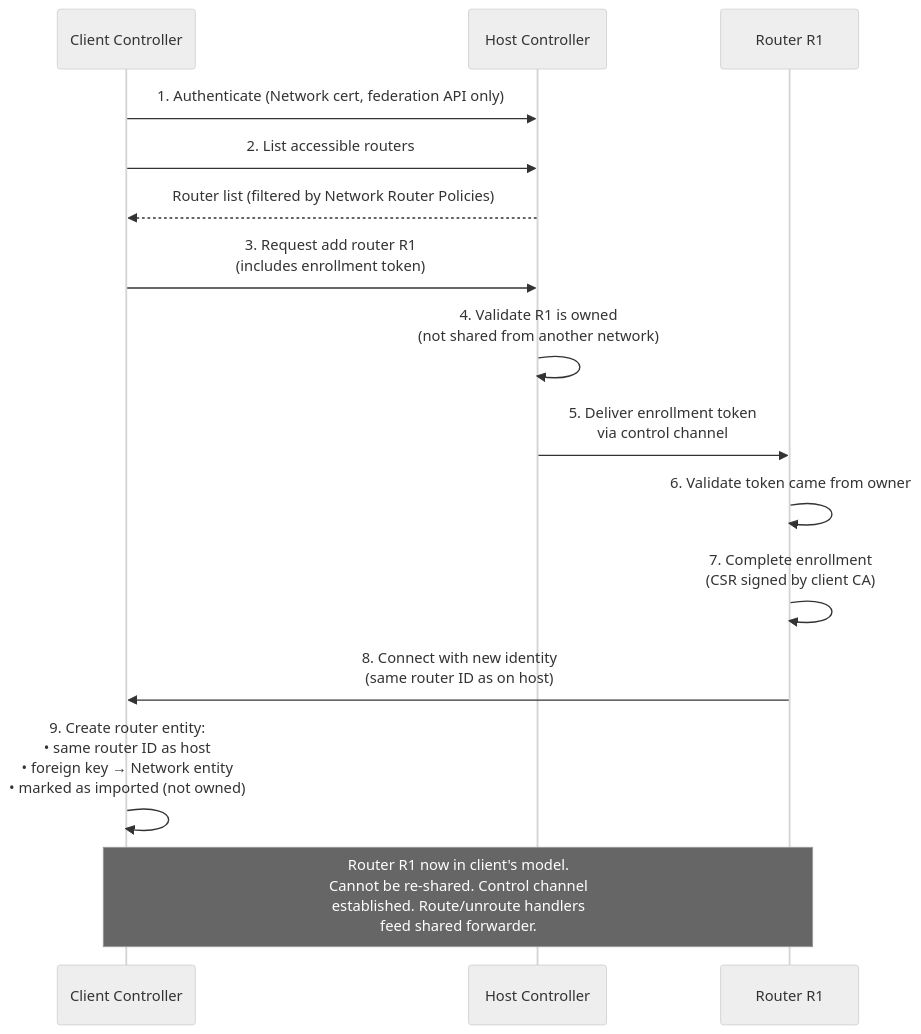
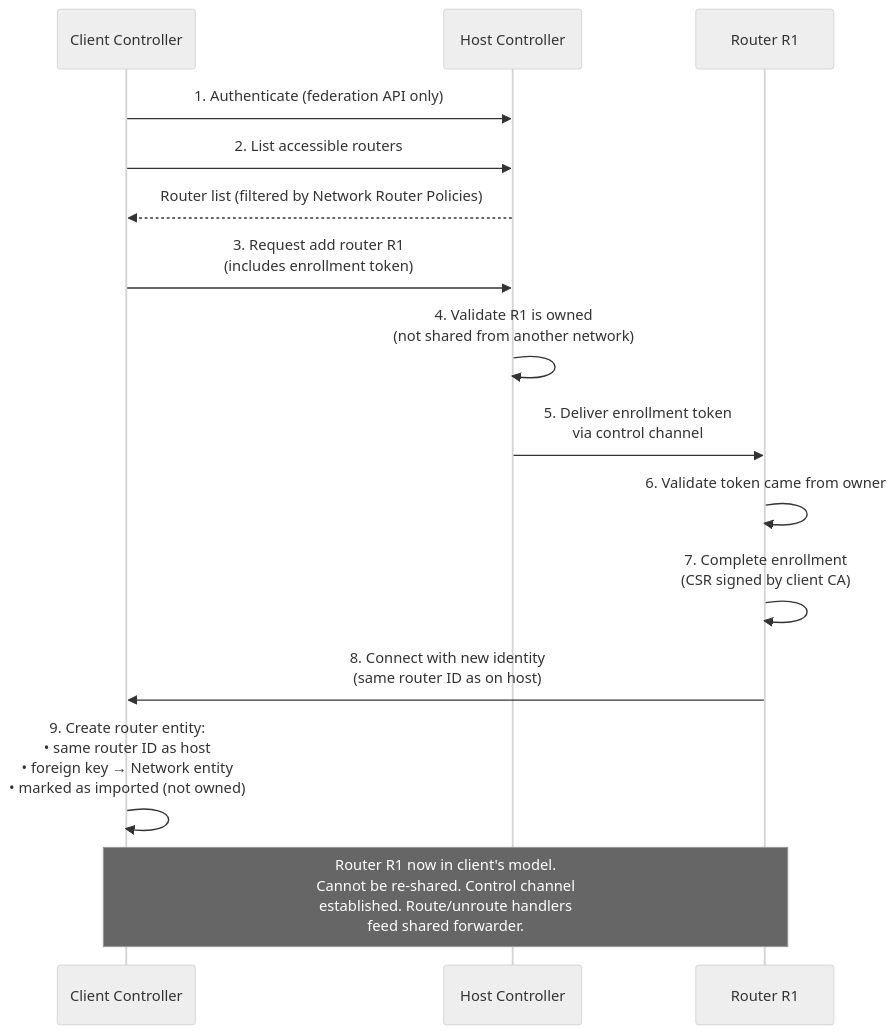
Before and after one commit to openziti/ziti: the third of 4 diagrams in design/federation-summary.md, drawn with Mermaid (neutral theme). The commit also changed other lines of this file and 2 other files, not shown here.

````diff
--- a/design/federation-summary.md
+++ b/design/federation-summary.md
@@ -192,21 +210,21 @@
 ```mermaid
 sequenceDiagram
     participant CC as Client Controller
     participant HC as Host Controller
     participant R as Router R1
 
-    CC->>HC: 1. Authenticate (Network cert, federation API only)
+    CC->>HC: 1. Authenticate (federation API only)
     CC->>HC: 2. List accessible routers
     HC-->>CC: Router list (filtered by Network Router Policies)
 
     CC->>HC: 3. Request add router R1<br/>(includes enrollment token)
     HC->>HC: 4. Validate R1 is owned<br/>(not shared from another network)
     HC->>R: 5. Deliver enrollment token<br/>via control channel
     R->>R: 6. Validate token came from owner
     R->>R: 7. Complete enrollment<br/>(CSR signed by client CA)
     R->>CC: 8. Connect with new identity<br/>(same router ID as on host)
 
     CC->>CC: 9. Create router entity:<br/>• same router ID as host<br/>• foreign key → Network entity<br/>• marked as imported (not owned)
 
     Note over CC,R: Router R1 now in client's model.<br/>Cannot be re-shared. Control channel<br/>established. Route/unroute handlers<br/>feed shared forwarder.
 ```
````
